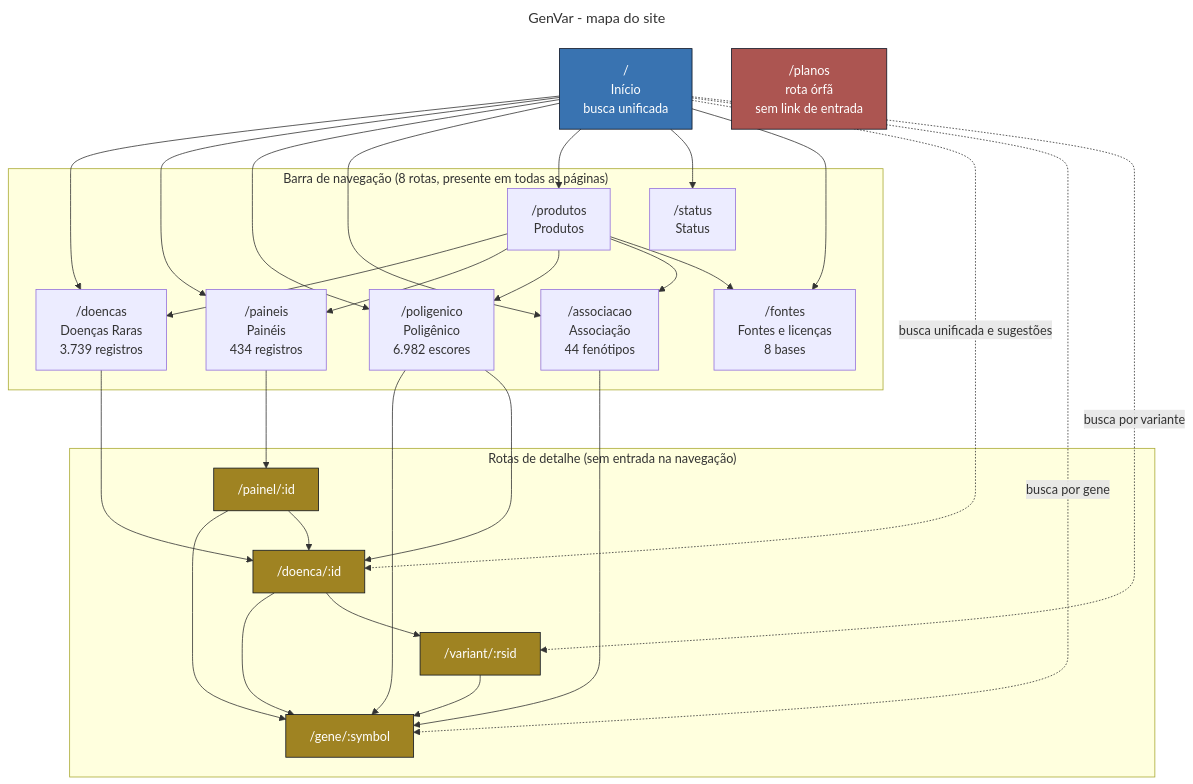
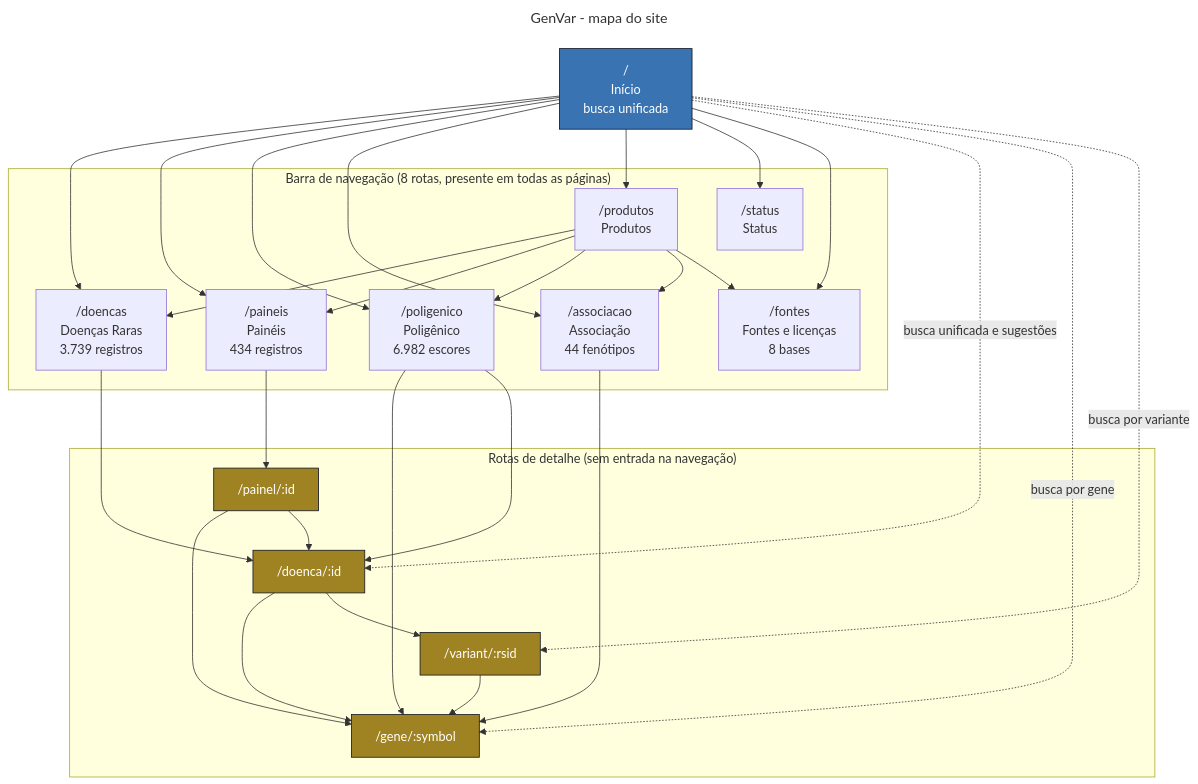
Before and after one commit to madsondeluna/genvar: the diagram in docs/sitemap.mmd, drawn with Mermaid. The commit also changed 8 other files, not shown here.

```diff
--- a/docs/sitemap.mmd
+++ b/docs/sitemap.mmd
@@ -1,60 +1,58 @@
 ---
 title: GenVar - mapa do site
 ---
 flowchart TD
   home["/<br>Início<br>busca unificada"]
 
   subgraph nav["Barra de navegação (8 rotas, presente em todas as páginas)"]
     doencas["/doencas<br>Doenças Raras<br>3.739 registros"]
     paineis["/paineis<br>Painéis<br>434 registros"]
     polig["/poligenico<br>Poligênico<br>6.982 escores"]
     assoc["/associacao<br>Associação<br>44 fenótipos"]
     prod["/produtos<br>Produtos"]
     status["/status<br>Status"]
     fontes["/fontes<br>Fontes e licenças<br>8 bases"]
   end
 
   subgraph det["Rotas de detalhe (sem entrada na navegação)"]
     doenca["/doenca/:id"]
     painel["/painel/:id"]
     gene["/gene/:symbol"]
     variant["/variant/:rsid"]
   end
 
-  orfa["/planos<br>rota órfã<br>sem link de entrada"]
 
   home --> doencas
   home --> paineis
   home --> polig
   home --> assoc
   home --> prod
   home --> status
   home --> fontes
 
   home -. "busca unificada e sugestões" .-> doenca
   home -. "busca por gene" .-> gene
   home -. "busca por variante" .-> variant
 
   doencas --> doenca
   paineis --> painel
   prod --> doencas
   prod --> paineis
   prod --> polig
   prod --> assoc
   prod --> fontes
 
   doenca --> gene
   doenca --> variant
   painel --> gene
   painel --> doenca
   polig --> gene
   polig --> doenca
   assoc --> gene
   variant --> gene
 
   classDef entrada fill:#3973b1,stroke:#0d1321,color:#ffffff
   classDef detalhe fill:#9f8322,stroke:#0d1321,color:#ffffff
   classDef problema fill:#ac5551,stroke:#0d1321,color:#ffffff
   class home entrada
   class doenca,painel,gene,variant detalhe
-  class orfa problema
```
